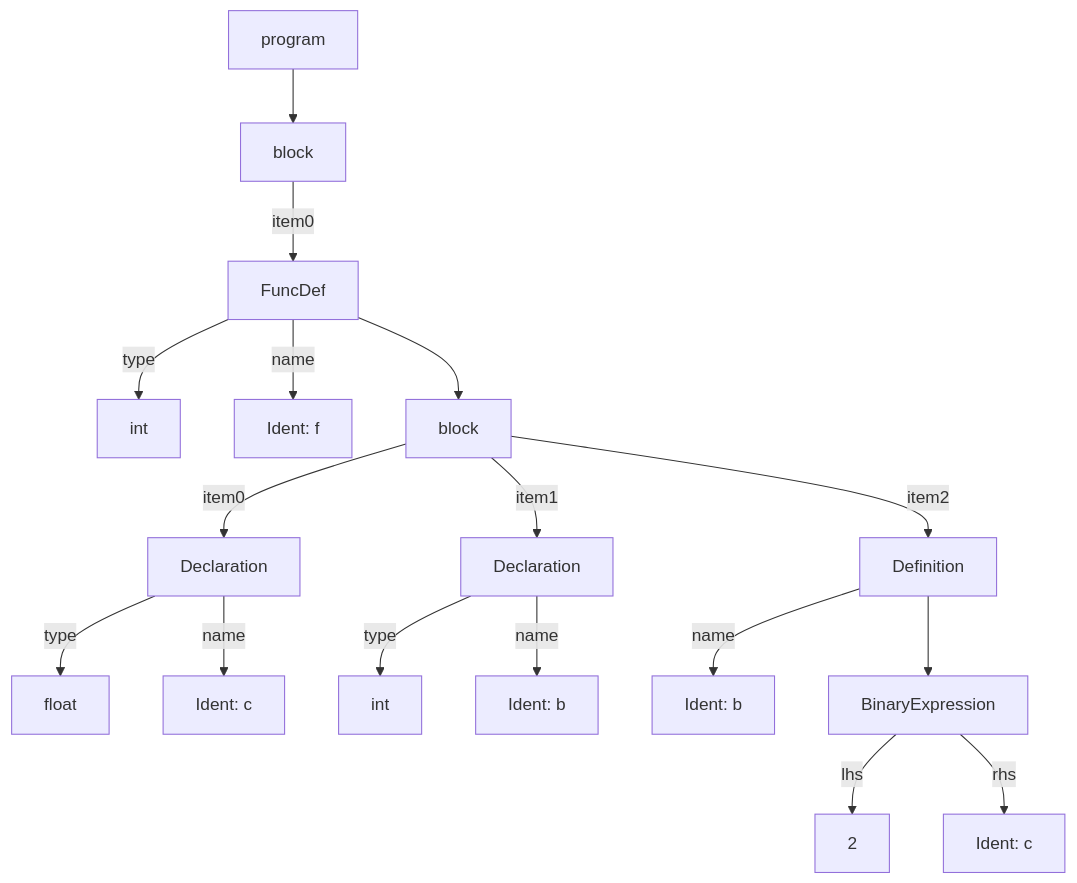
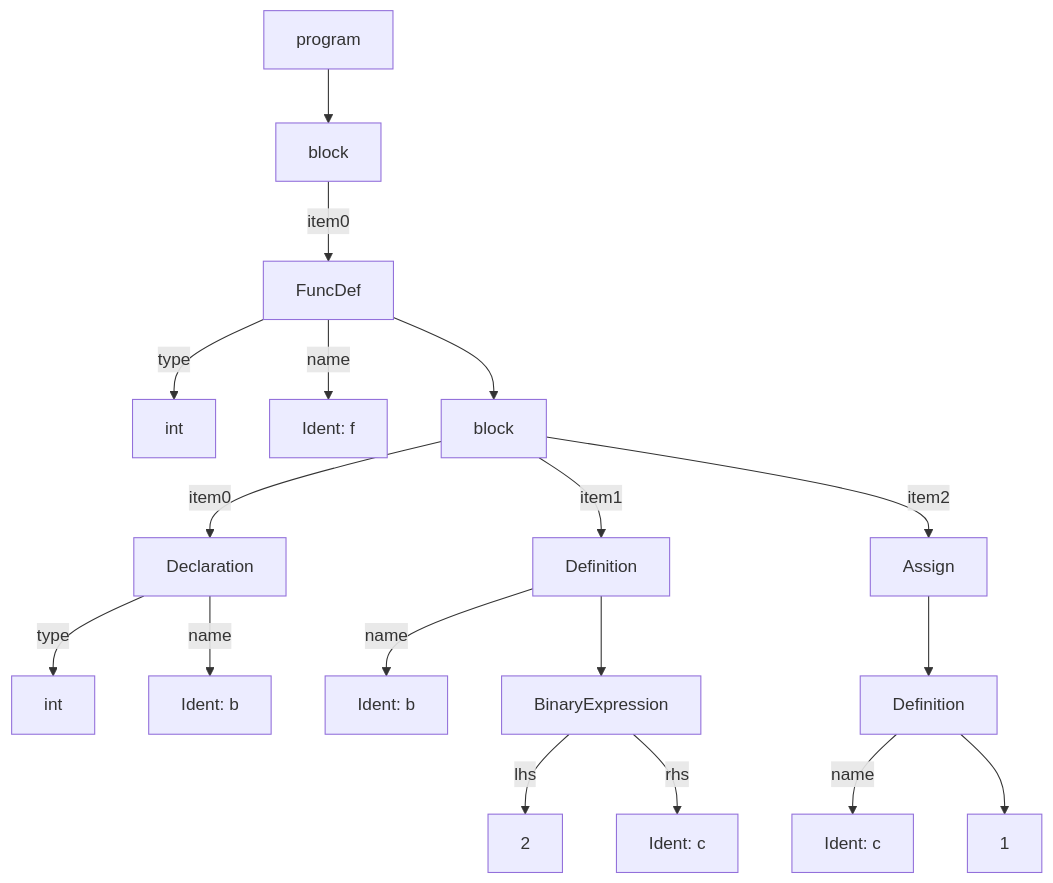
The second of 2 diagrams in tests/6/out.md (nyml2003/sysY), drawn with Mermaid before and after one commit. The commit also changed other lines of this file and 3 other files, not shown here.

````diff
--- a/tests/6/out.md
+++ b/tests/6/out.md
@@ -35,33 +39,36 @@
 ```mermaid
 graph TD
-16[program]
-16-->17
-17[block]
-17--item0-->15
-15[FuncDef]
-15--type-->32[int]
-15--name-->1
+15[program]
+15-->16
+16[block]
+16--item0-->14
+14[FuncDef]
+14--type-->30[int]
+14--name-->1
 1[Ident: f]
-15-->14
-14[block]
-14--item0-->6
-6[Declaration]
-6--type-->23[float]
-6--name-->5
-5[Ident: c]
-14--item1-->13
-13[Declaration]
-13--type-->30[int]
-13--name-->12
-12[Ident: b]
-14--item2-->11
-11[Definition]
-11--name-->7
+14-->13
+13[block]
+13--item0-->8
+8[Declaration]
+8--type-->24[int]
+8--name-->7
 7[Ident: b]
-11-->10
-10[BinaryExpression]
-10--lhs-->8
-10--rhs-->9
-8[2]
+13--item1-->6
+6[Definition]
+6--name-->2
+2[Ident: b]
+6-->5
+5[BinaryExpression]
+5--lhs-->3
+5--rhs-->4
+3[2]
+4[Ident: c]
+13--item2-->11
+11[Assign]
+11-->12
+12[Definition]
+12--name-->9
 9[Ident: c]
+12-->10
+10[1]
 ```
````
